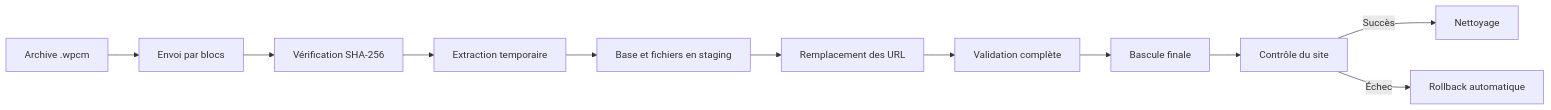
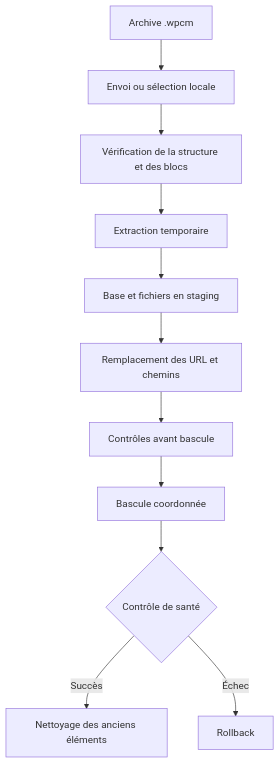
One commit to Assistouest/wp-clone-master changed the diagram in README.md. Above: the diagram before and after it, drawn with Mermaid. The commit also changed other lines of this file, not shown here.

````diff
--- a/README.md
+++ b/README.md
@@ -169,13 +119,13 @@
 ```mermaid
-flowchart LR
-    A[Archive .wpcm] --> B[Envoi par blocs]
-    B --> C[Vérification SHA-256]
+flowchart TD
+    A[Archive .wpcm] --> B[Envoi ou sélection locale]
+    B --> C[Vérification de la structure et des blocs]
     C --> D[Extraction temporaire]
     D --> E[Base et fichiers en staging]
-    E --> F[Remplacement des URL]
-    F --> G[Validation complète]
-    G --> H[Bascule finale]
-    H --> I[Contrôle du site]
-    I -->|Succès| J[Nettoyage]
-    I -->|Échec| K[Rollback automatique]
+    E --> F[Remplacement des URL et chemins]
+    F --> G[Contrôles avant bascule]
+    G --> H[Bascule coordonnée]
+    H --> I{Contrôle de santé}
+    I -->|Succès| J[Nettoyage des anciens éléments]
+    I -->|Échec| K[Rollback]
 ```
````
